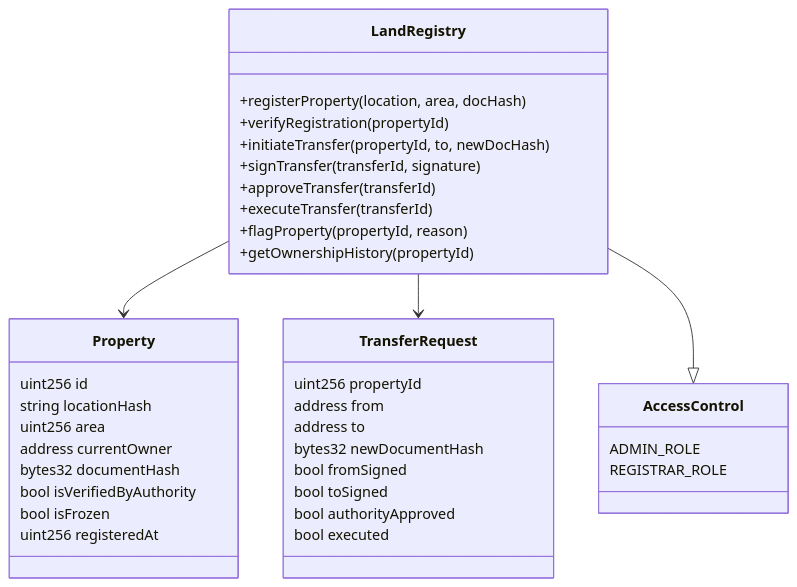
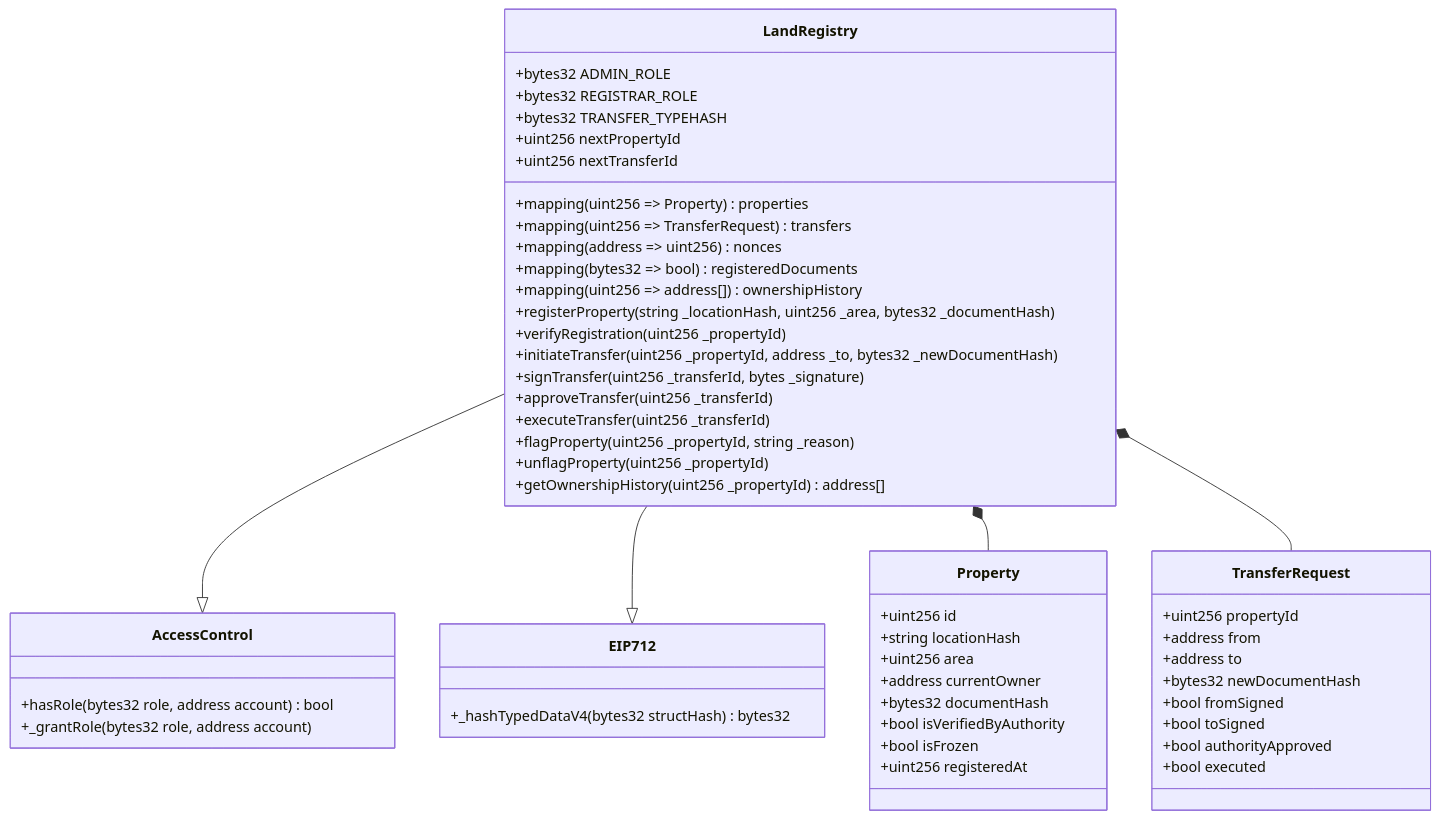
Before and after one commit to lakshay909/Land-registry: the third of 4 diagrams in Docs/03-uml-diagrams.md, drawn with Mermaid. The commit also changed other lines of this file and 21 other files, not shown here.

````diff
--- a/Docs/03-uml-diagrams.md
+++ b/Docs/03-uml-diagrams.md
@@ -50,40 +110,60 @@
 ```mermaid
 classDiagram
+    class AccessControl {
+        +hasRole(bytes32 role, address account) bool
+        +_grantRole(bytes32 role, address account)
+    }
+
+    class EIP712 {
+        +_hashTypedDataV4(bytes32 structHash) bytes32
+    }
+
     class LandRegistry {
-        +registerProperty(location, area, docHash)
-        +verifyRegistration(propertyId)
-        +initiateTransfer(propertyId, to, newDocHash)
-        +signTransfer(transferId, signature)
-        +approveTransfer(transferId)
-        +executeTransfer(transferId)
-        +flagProperty(propertyId, reason)
-        +getOwnershipHistory(propertyId)
+        +bytes32 ADMIN_ROLE
+        +bytes32 REGISTRAR_ROLE
+        +bytes32 TRANSFER_TYPEHASH
+        +uint256 nextPropertyId
+        +uint256 nextTransferId
+        +mapping(uint256 => Property) properties
+        +mapping(uint256 => TransferRequest) transfers
+        +mapping(address => uint256) nonces
+        +mapping(bytes32 => bool) registeredDocuments
+        +mapping(uint256 => address[]) ownershipHistory
+        +registerProperty(string _locationHash, uint256 _area, bytes32 _documentHash)
+        +verifyRegistration(uint256 _propertyId)
+        +initiateTransfer(uint256 _propertyId, address _to, bytes32 _newDocumentHash)
+        +signTransfer(uint256 _transferId, bytes _signature)
+        +approveTransfer(uint256 _transferId)
+        +executeTransfer(uint256 _transferId)
+        +flagProperty(uint256 _propertyId, string _reason)
+        +unflagProperty(uint256 _propertyId)
+        +getOwnershipHistory(uint256 _propertyId) address[]
     }
+
     class Property {
-        uint256 id
-        string locationHash
-        uint256 area
-        address currentOwner
-        bytes32 documentHash
-        bool isVerifiedByAuthority
-        bool isFrozen
-        uint256 registeredAt
+        +uint256 id
+        +string locationHash
+        +uint256 area
+        +address currentOwner
+        +bytes32 documentHash
+        +bool isVerifiedByAuthority
+        +bool isFrozen
+        +uint256 registeredAt
     }
+
     class TransferRequest {
-        uint256 propertyId
-        address from
-        address to
-        bytes32 newDocumentHash
-        bool fromSigned
-        bool toSigned
-        bool authorityApproved
-        bool executed
+        +uint256 propertyId
+        +address from
+        +address to
+        +bytes32 newDocumentHash
+        +bool fromSigned
+        +bool toSigned
+        +bool authorityApproved
+        +bool executed
     }
-    class AccessControl {
-        ADMIN_ROLE
-        REGISTRAR_ROLE
-    }
-    LandRegistry --> Property
-    LandRegistry --> TransferRequest
+
     LandRegistry --|> AccessControl
+    LandRegistry --|> EIP712
+    LandRegistry *-- Property
+    LandRegistry *-- TransferRequest
 ```
````
